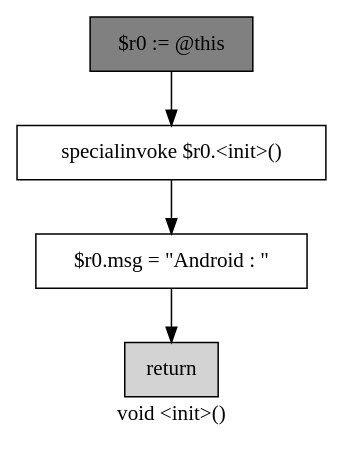
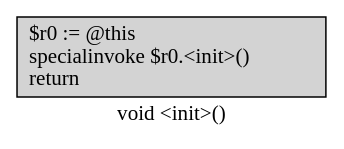
Before and after one commit to gsrishaila/summer: the diagram in soot-infoflow-android-develop/<init>.dot, drawn with Graphviz. The commit also changed 14 other files, not shown here.

```diff
--- a/soot-infoflow-android-develop/<init>.dot
+++ b/soot-infoflow-android-develop/<init>.dot
@@ -1,11 +1,5 @@
 digraph "void <init>()" {
     label="void <init>()";
     node [shape=box];
-    "0" [style=filled,fillcolor=gray,label="$r0 := @this",];
-    "1" [label="specialinvoke $r0.<init>()",];
-    "0"->"1";
-    "2" [label="$r0.msg = \"Android : \"",];
-    "1"->"2";
-    "3" [style=filled,fillcolor=lightgray,label="return",];
-    "2"->"3";
+    "0" [style=filled,fillcolor=gray,style=filled,fillcolor=lightgray,label="$r0 := @this\lspecialinvoke $r0.<init>()\lreturn\l",];
 }
```
